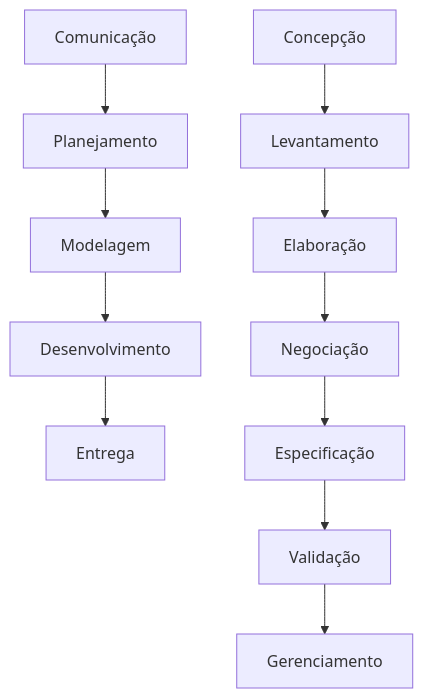
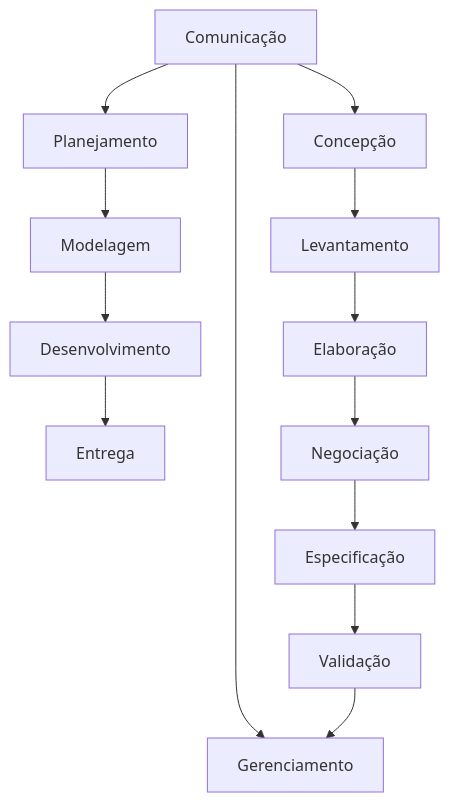
Before and after one commit to vanessacezarn/3_Semestre: the diagram in Engenharia e Requisitos de Software/aula_06 26.03.md, drawn with Mermaid.

Commit message:
Update aula_06 26.03.md

````diff
--- a/Engenharia e Requisitos de Software/aula_06 26.03.md
+++ b/Engenharia e Requisitos de Software/aula_06 26.03.md
@@ -5,13 +5,15 @@
 ```mermaid
 graph TD;
     Comunicação --> Planejamento ;
+    Comunicação --> Concepção;
+    Comunicação --> Gerenciamento;
     Planejamento --> Modelagem;
     Modelagem--> Desenvolvimento;
     Desenvolvimento--> Entrega;
     Concepção --> Levantamento;
     Levantamento --> Elaboração;
     Elaboração --> Negociação;
     Negociação --> Especificação;
     Especificação --> Validação;
     Validação --> Gerenciamento;
 ```
````
